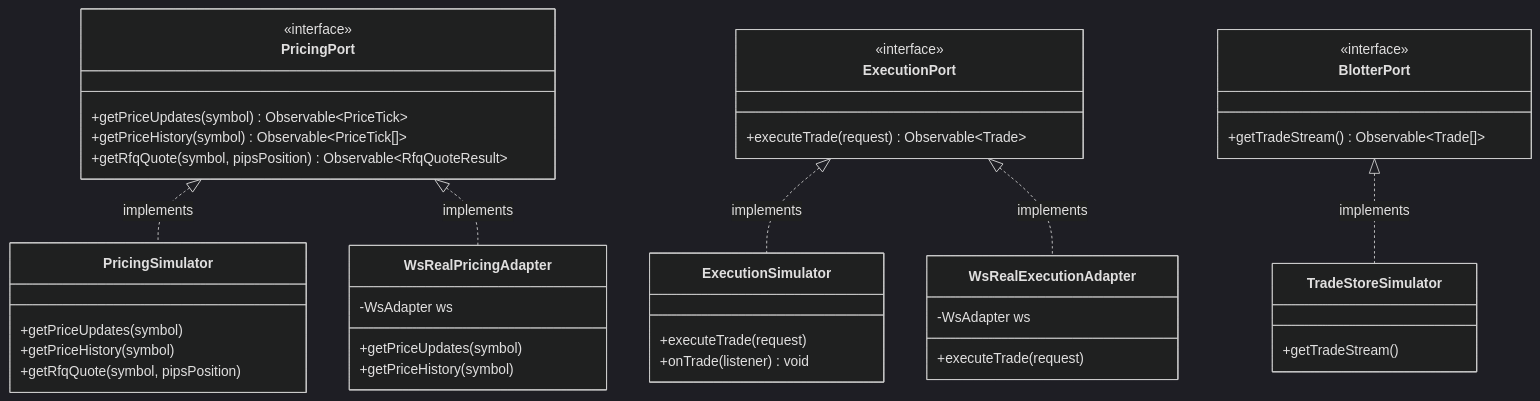
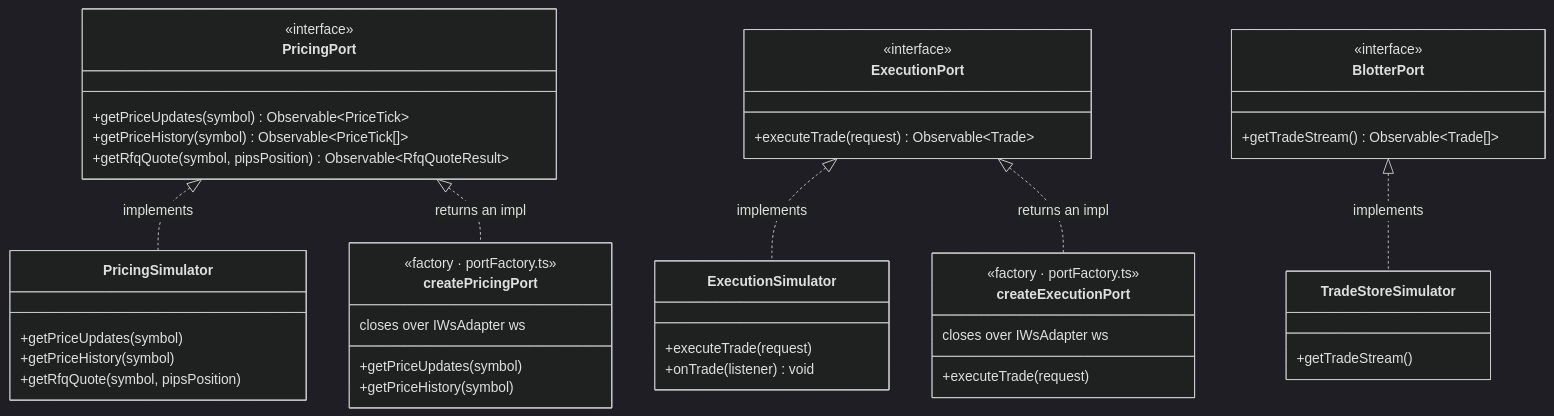
Before and after one commit to bettersoftware-io/ReactiveTraderCloudClone: the third of 11 diagrams in docs/architecture/03-uml-class-diagrams.md, drawn with Mermaid (dark theme). The commit also changed other lines of this file, not shown here.

First line of the commit message:
docs(architecture): UML chapter draws the port factories that exist

````diff
--- a/docs/architecture/03-uml-class-diagrams.md
+++ b/docs/architecture/03-uml-class-diagrams.md
@@ -200,53 +200,55 @@
 ```mermaid
 classDiagram
     direction TB
 
     class PricingPort {
         <<interface>>
         +getPriceUpdates(symbol) Observable~PriceTick~
         +getPriceHistory(symbol) Observable~PriceTick[]~
         +getRfqQuote(symbol, pipsPosition) Observable~RfqQuoteResult~
     }
 
     class ExecutionPort {
         <<interface>>
         +executeTrade(request) Observable~Trade~
     }
 
     class BlotterPort {
         <<interface>>
         +getTradeStream() Observable~Trade[]~
     }
 
     class PricingSimulator {
         +getPriceUpdates(symbol)
         +getPriceHistory(symbol)
         +getRfqQuote(symbol, pipsPosition)
     }
 
-    class WsRealPricingAdapter {
-        -WsAdapter ws
+    class createPricingPort {
+        <<factory · portFactory.ts>>
+        closes over IWsAdapter ws
         +getPriceUpdates(symbol)
         +getPriceHistory(symbol)
     }
 
     class ExecutionSimulator {
         +executeTrade(request)
         +onTrade(listener) void
     }
 
-    class WsRealExecutionAdapter {
-        -WsAdapter ws
+    class createExecutionPort {
+        <<factory · portFactory.ts>>
+        closes over IWsAdapter ws
         +executeTrade(request)
     }
 
     class TradeStoreSimulator {
         +getTradeStream()
     }
 
     PricingPort <|.. PricingSimulator : implements
-    PricingPort <|.. WsRealPricingAdapter : implements
+    PricingPort <|.. createPricingPort : returns an impl
     ExecutionPort <|.. ExecutionSimulator : implements
-    ExecutionPort <|.. WsRealExecutionAdapter : implements
+    ExecutionPort <|.. createExecutionPort : returns an impl
     BlotterPort <|.. TradeStoreSimulator : implements
 ```
````
